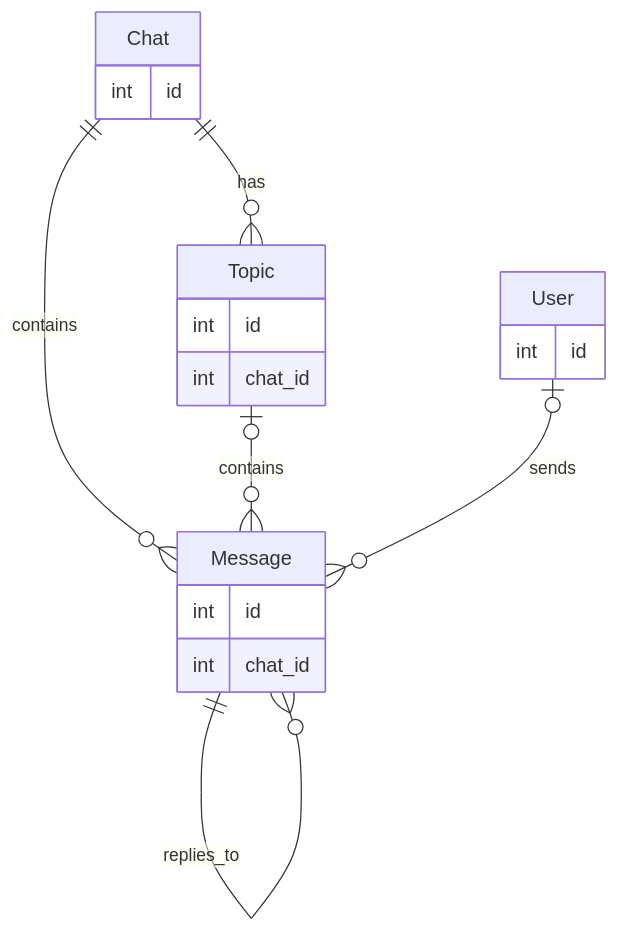
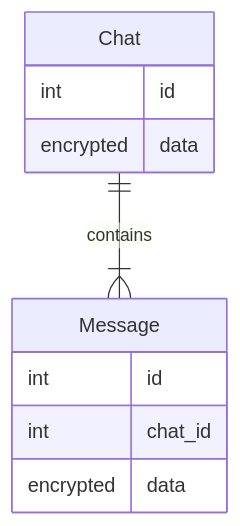
The diagram in README.md (mohdfareed/chatgpt-bot), drawn with Mermaid before and after one commit. The commit also changed other lines of this file and 13 other files, not shown here.

````diff
--- a/README.md
+++ b/README.md
@@ -123,22 +123,14 @@
 ```mermaid
 erDiagram
-    Chat ||--o{ Message : contains
-    Topic |o--o{ Message : contains
-    Chat ||--o{ Topic : has
-    User |o--o{ Message : sends
-    Message ||--o{ Message : replies_to
+    Chat ||--|{ Message : contains
+
     Chat {
         int id
-    }
-    Topic {
-        int id
-        int chat_id
-    }
-    User {
-        int id
+        encrypted data
     }
     Message {
         int id
         int chat_id
+        encrypted data
     }
 ```
````
